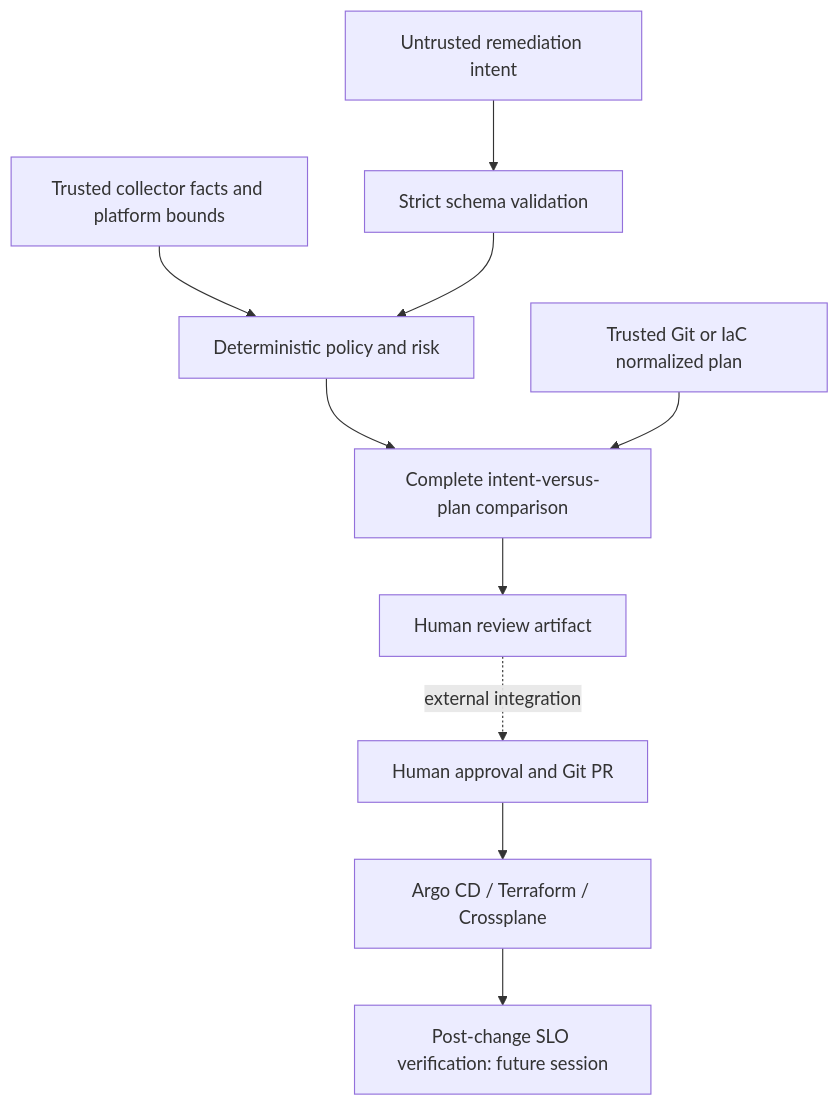
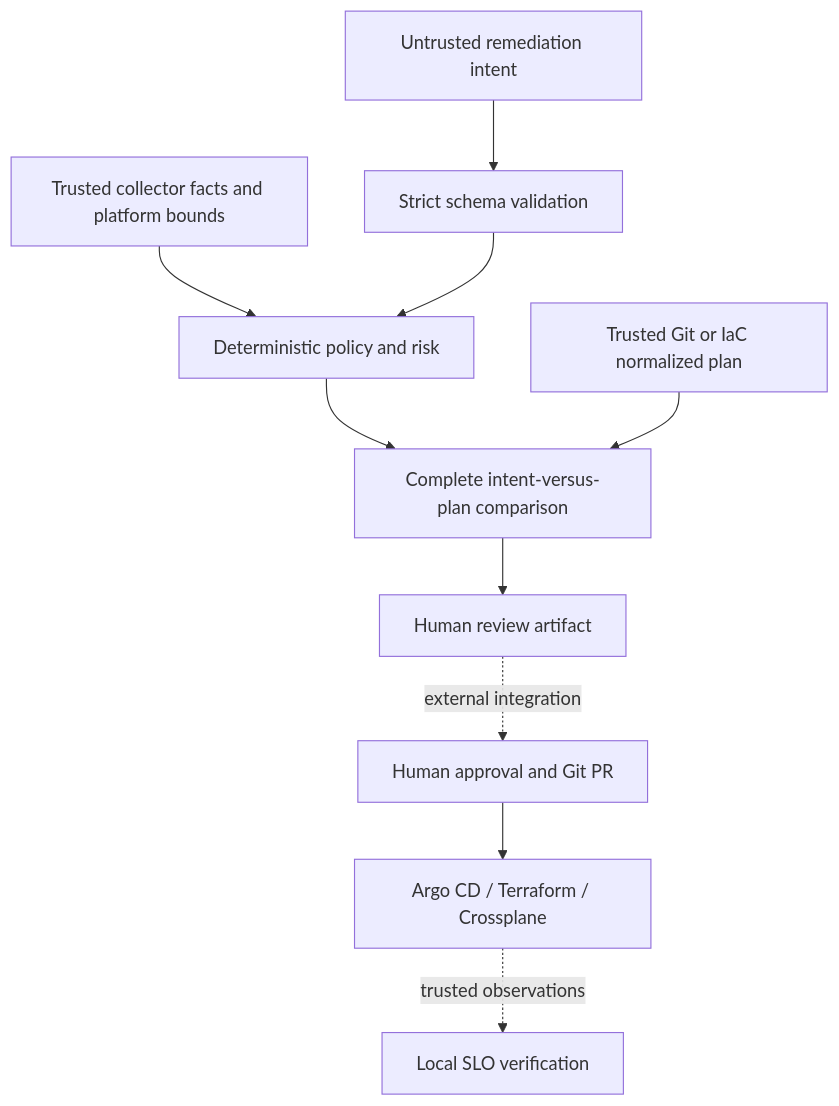
Before and after one commit to Vidon212/AI-incident-co-pilot: the third of 3 diagrams in README.md, drawn with Mermaid. The commit also changed other lines of this file and 11 other files, not shown here.

Commit message:
Add deterministic SLO remediation verification

````diff
--- a/README.md
+++ b/README.md
@@ -86,12 +86,12 @@
 ```mermaid
 flowchart TD
     Intent[Untrusted remediation intent] --> Schema[Strict schema validation]
     Facts[Trusted collector facts and platform bounds] --> Policy[Deterministic policy and risk]
     Schema --> Policy
     Policy --> Diff[Complete intent-versus-plan comparison]
     Plan[Trusted Git or IaC normalized plan] --> Diff
     Diff --> Review[Human review artifact]
     Review -. external integration .-> Approval[Human approval and Git PR]
     Approval --> Controller[Argo CD / Terraform / Crossplane]
-    Controller --> Verification[Post-change SLO verification: future session]
+    Controller -. trusted observations .-> Verification[Local SLO verification]
 ```
````
